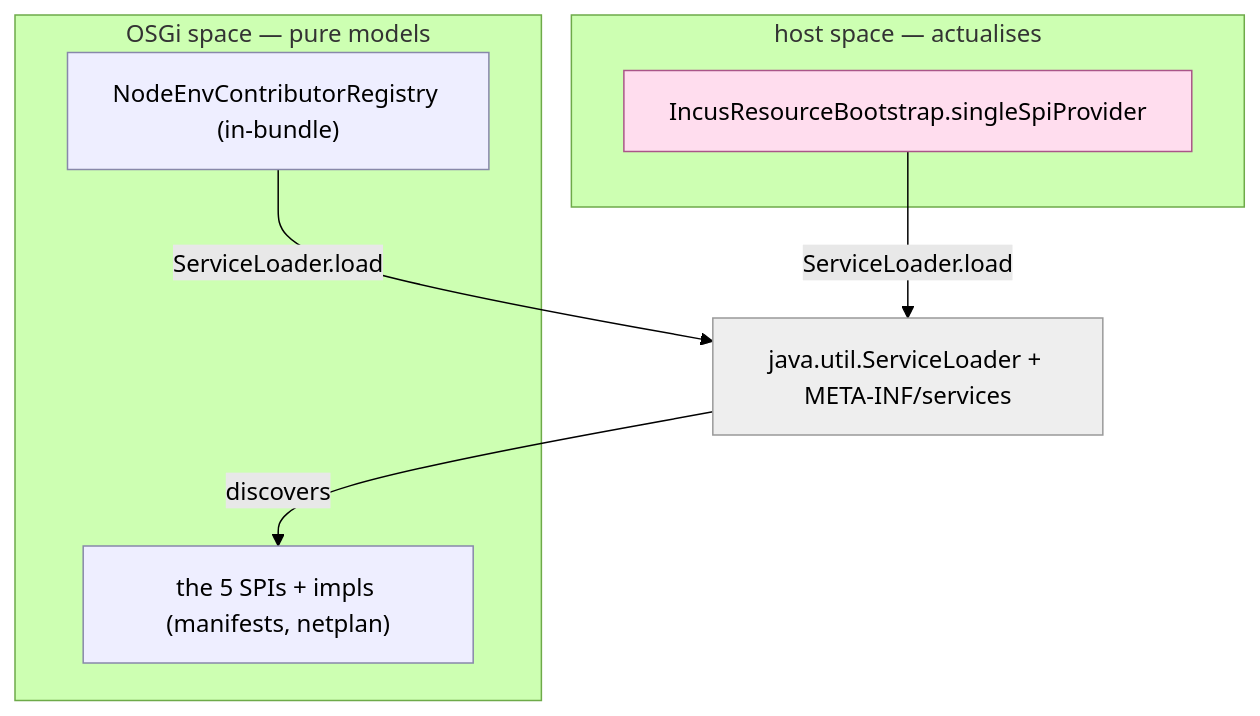
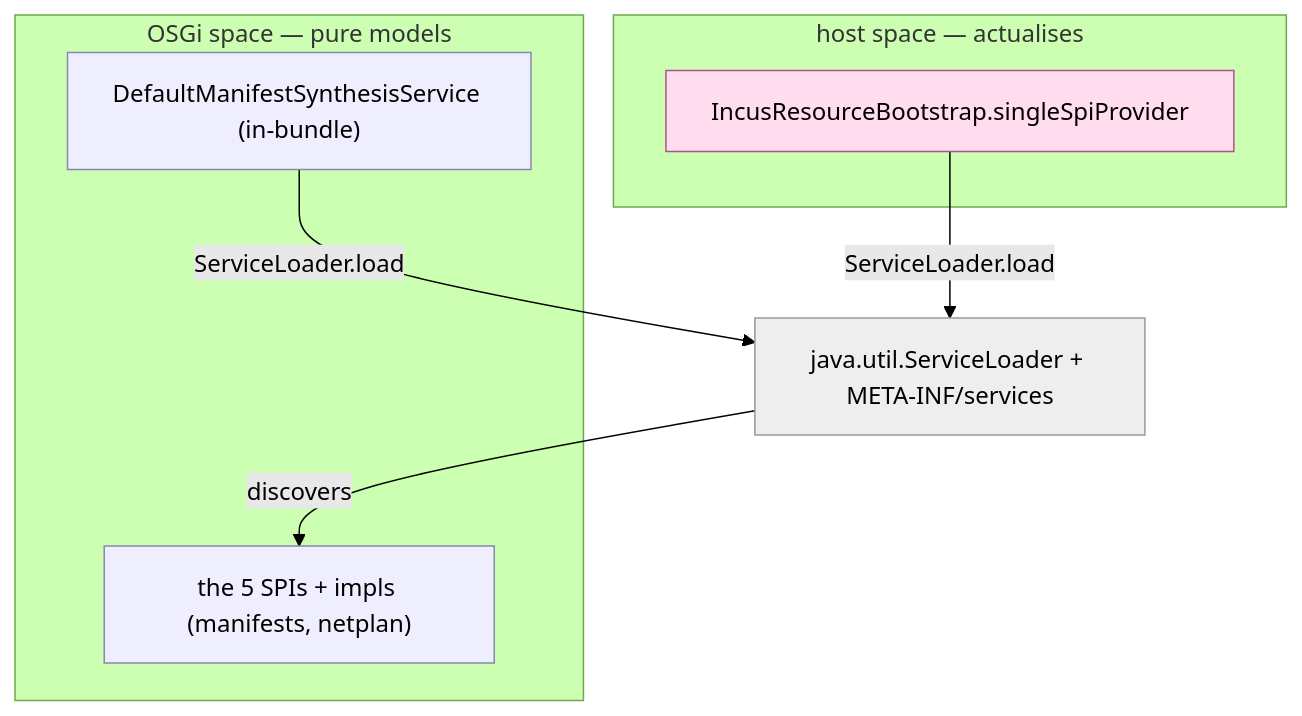
One commit to nxmatic/rke2lab changed the second of 4 diagrams in docs/architecture/atlas/runtime.adoc. Above: the diagram before and after it, drawn with Mermaid (forest theme). The commit also changed other lines of this file and 114 other files, not shown here.

```diff
--- a/docs/architecture/atlas/runtime.adoc
+++ b/docs/architecture/atlas/runtime.adoc
@@ -132,21 +132,21 @@
 [mermaid]
 ....
 flowchart TB
   subgraph OSGI["OSGi space — pure models"]
     spi["the 5 SPIs + impls (manifests, netplan)"]:::osgi
-    reg2["NodeEnvContributorRegistry (in-bundle)"]:::osgi
+    reg2["DefaultManifestSynthesisService (in-bundle)"]:::osgi
   end
   subgraph HOST["host space — actualises"]
     seam0["IncusResourceBootstrap.singleSpiProvider"]:::host
   end
   sl["java.util.ServiceLoader + META-INF/services"]:::found
   seam0 -->|"ServiceLoader.load"| sl
   reg2 -->|"ServiceLoader.load"| sl
   sl -->|discovers| spi
   classDef osgi fill:#eef,stroke:#88a,stroke-width:1px;
   classDef host fill:#fde,stroke:#a58,stroke-width:1px;
   classDef found fill:#eee,stroke:#999,stroke-width:1px;
   class spi,reg2 osgi;
   class seam0 host;
   class sl found;
 ....
```
